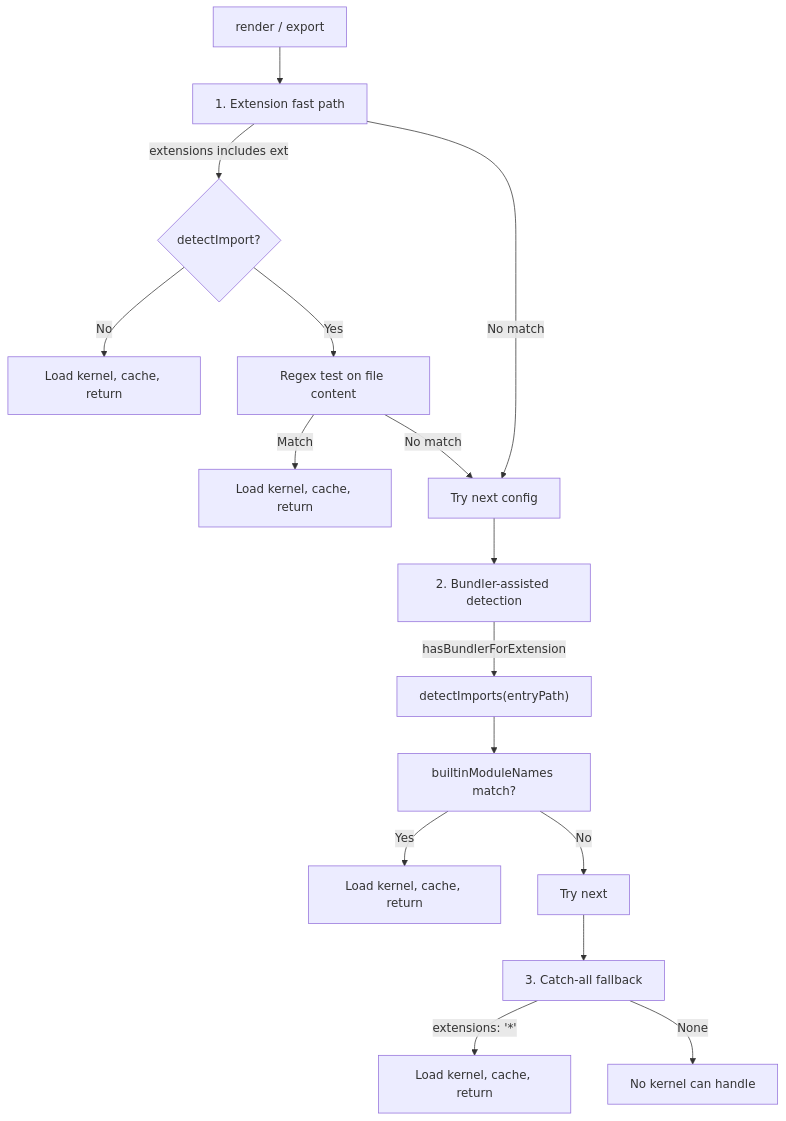
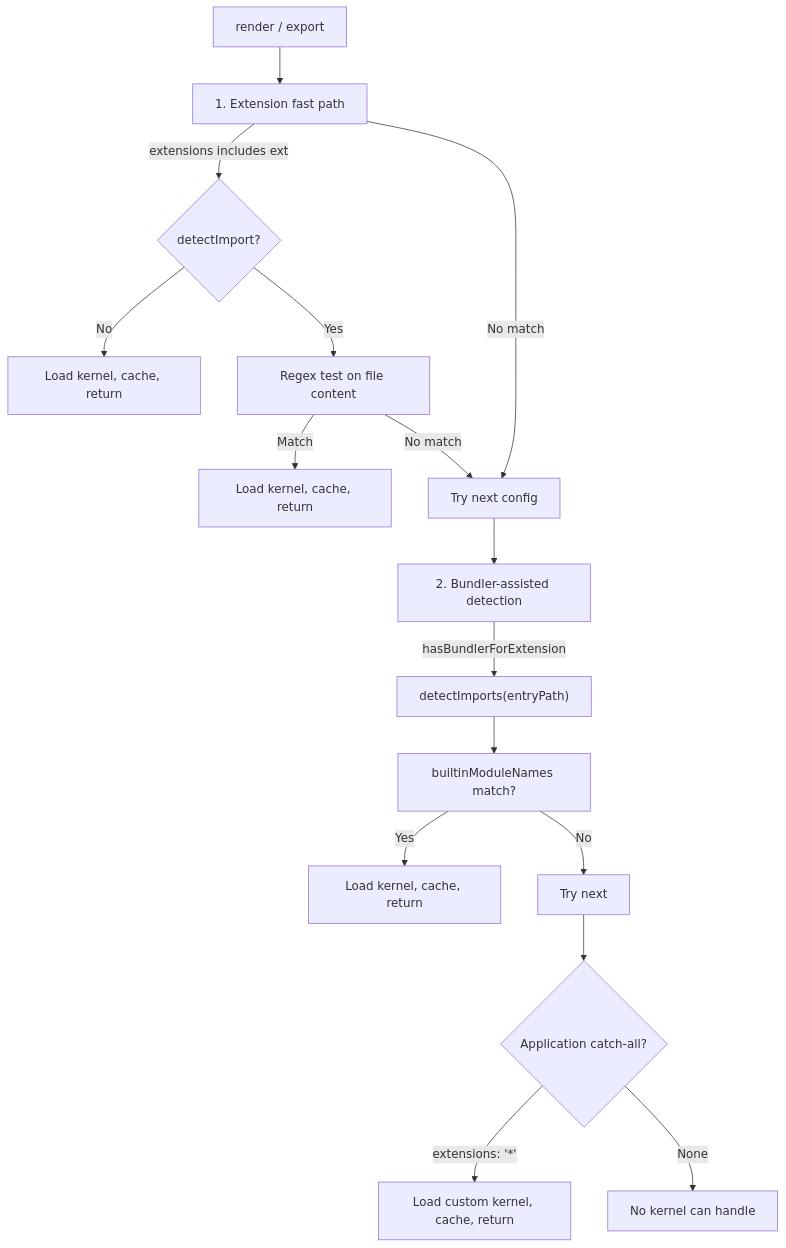
The diagram in apps/ui/content/docs/runtime/concepts/kernel-selection.mdx (taucad/tau), drawn with Mermaid before and after one commit. The commit also changed other lines of this file and 46 other files, not shown here.

````diff
--- a/apps/ui/content/docs/runtime/concepts/kernel-selection.mdx
+++ b/apps/ui/content/docs/runtime/concepts/kernel-selection.mdx
@@ -19,20 +19,20 @@
 ```mermaid
 flowchart TD
     Start["render / export"] --> Ext["1. Extension fast path"]
     Ext -->|"extensions includes ext"| NoDetect{"detectImport?"}
     NoDetect -->|No| LoadExt["Load kernel, cache, return"]
     NoDetect -->|Yes| Regex["Regex test on file content"]
     Regex -->|Match| LoadRegex["Load kernel, cache, return"]
     Regex -->|No match| Next1["Try next config"]
     Ext -->|No match| Next1
 
     Next1 --> Bundler["2. Bundler-assisted detection"]
     Bundler -->|"hasBundlerForExtension"| Detect["detectImports(entryPath)"]
     Detect --> MatchBuiltin["builtinModuleNames match?"]
     MatchBuiltin -->|Yes| LoadBundler["Load kernel, cache, return"]
     MatchBuiltin -->|No| Next2["Try next"]
 
-    Next2 --> CatchAll["3. Catch-all fallback"]
-    CatchAll -->|"extensions: '*'"| LoadCatchAll["Load kernel, cache, return"]
+    Next2 --> CatchAll{"Application catch-all?"}
+    CatchAll -->|"extensions: '*'"| LoadCatchAll["Load custom kernel, cache, return"]
     CatchAll -->|None| Fail["No kernel can handle"]
 ```
````
